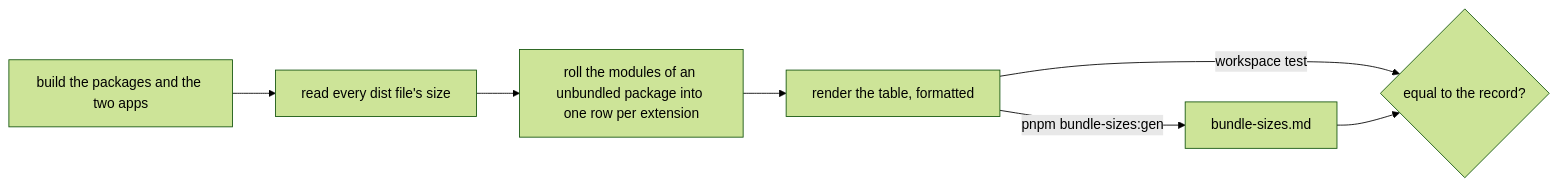
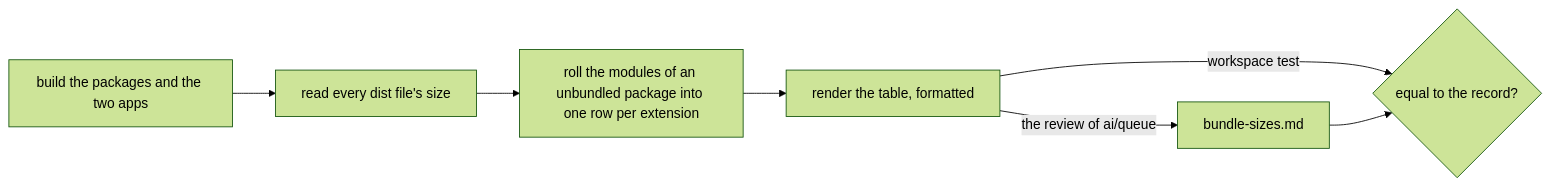
Before and after one commit to Esposter/Esposter: the diagram in openspec/specs/architecture/bundle-sizes/design.md, drawn with Mermaid (forest theme). The commit also changed other lines of this file and 26 other files, not shown here.

````diff
--- a/openspec/specs/architecture/bundle-sizes/design.md
+++ b/openspec/specs/architecture/bundle-sizes/design.md
@@ -5,9 +5,9 @@
 ```mermaid
 flowchart LR
   BUILD["build the packages and the two apps"] --> READ["read every dist file's size"]
   READ --> ROLL["roll the modules of an unbundled package into one row per extension"]
   ROLL --> RENDER["render the table, formatted"]
-  RENDER -->|"pnpm bundle-sizes:gen"| RECORD["bundle-sizes.md"]
+  RENDER -->|"the review of ai/queue"| RECORD["bundle-sizes.md"]
   RENDER -->|"workspace test"| GATE{"equal to the record?"}
   RECORD --> GATE
 ```
````
